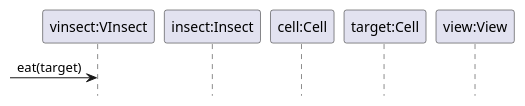
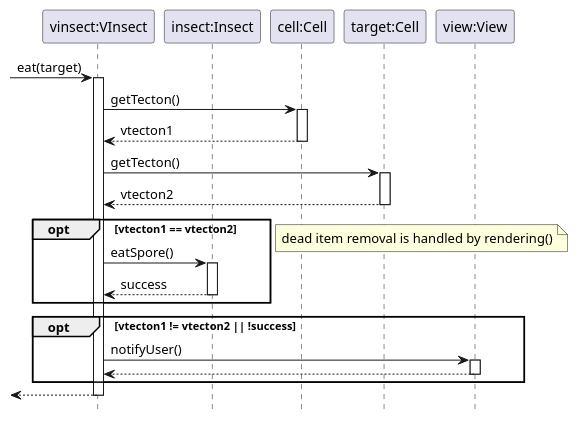
The diagram in GuiPlan/actions/eat.puml (ZD4ve/projlab-error521), drawn with PlantUML before and after one commit. The commit also changed 7 other files, not shown here.

```diff
--- a/GuiPlan/actions/eat.puml
+++ b/GuiPlan/actions/eat.puml
@@ -1,15 +1,39 @@
 @startuml eat
 hide footbox
 participant "vinsect:VInsect" as vinsect
 participant "insect:Insect" as insect
 participant "cell:Cell" as cell
 participant "target:Cell" as target
 
 
 
 participant "view:View" as view
 
 -> vinsect : eat(target)
+activate vinsect
+vinsect -> cell : getTecton()
+activate cell
+return vtecton1
+vinsect -> target : getTecton()
+activate target
+return vtecton2
+opt vtecton1 == vtecton2
+    vinsect -> insect : eatSpore()
+    activate insect
+    return success
+    'TODO rovar osztódásnál meg kell keresni, h melyik spóra tűnt el és oda rakni az új rovart
+    'vagy átírni az Insect-et úgy, hogy a rovar konrét spórát eszik meg
+
+    'ez feltételen kell? kifelejtjük? és majd megoldjuk kódban?
+end
+note right : dead item removal is handled by rendering()
+opt vtecton1 != vtecton2 || !success
+    vinsect -> view : notifyUser()
+    activate view
+    return
+end
 
 
+return
+
 @enduml
```
